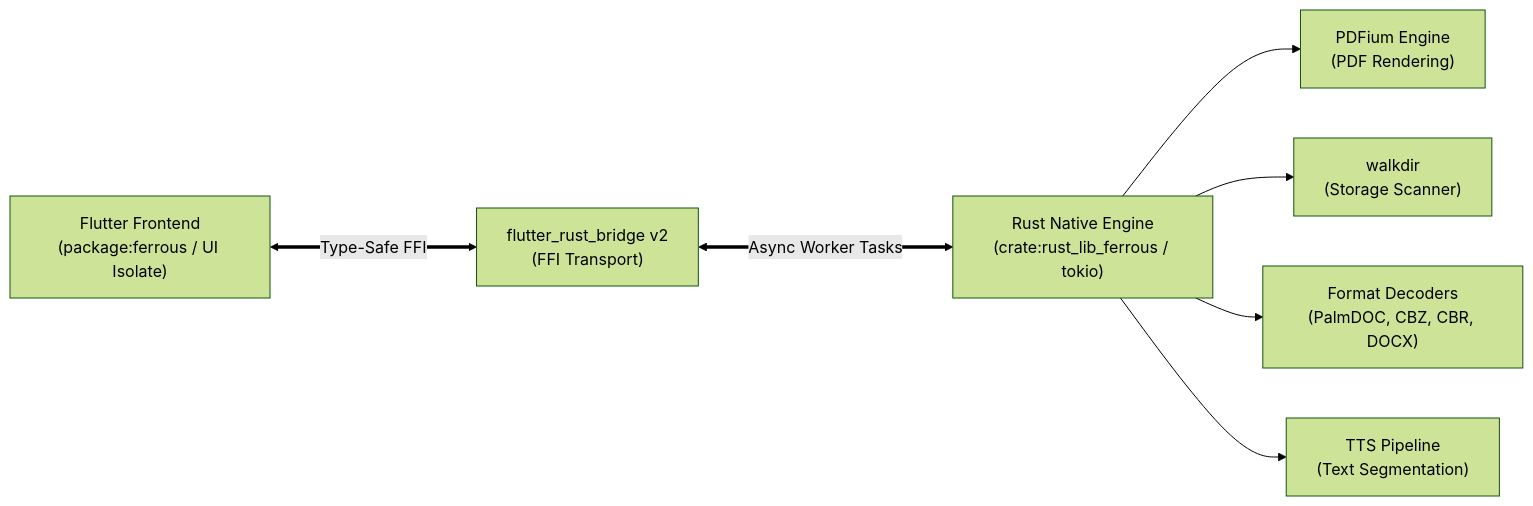
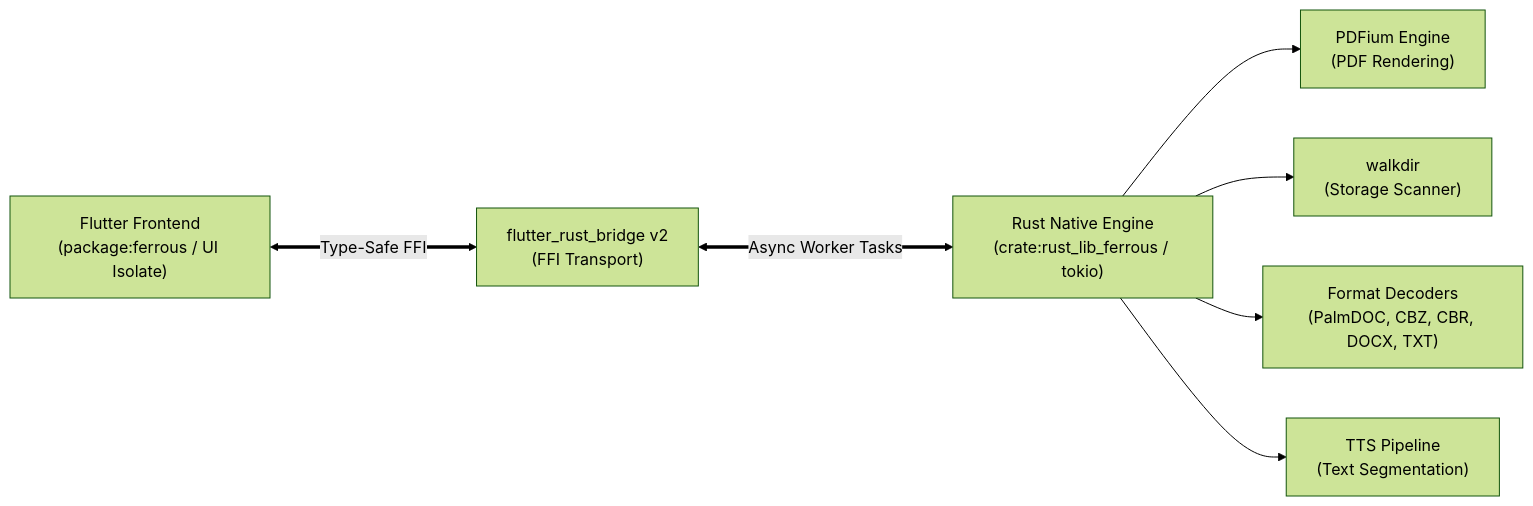
The diagram in README.md (JuanSoFly/Ferrous), drawn with Mermaid (forest theme) before and after one commit. The commit also changed other lines of this file, not shown here.

````diff
--- a/README.md
+++ b/README.md
@@ -138,19 +157,19 @@
 ```mermaid
 flowchart LR
     UI["Flutter Frontend<br/>(package:ferrous / UI Isolate)"]
     FFI["flutter_rust_bridge v2<br/>(FFI Transport)"]
     RUST["Rust Native Engine<br/>(crate:rust_lib_ferrous / tokio)"]
 
     PDF["PDFium Engine<br/>(PDF Rendering)"]
     SCAN["walkdir<br/>(Storage Scanner)"]
-    PARSERS["Format Decoders<br/>(PalmDOC, CBZ, CBR, DOCX)"]
+    PARSERS["Format Decoders<br/>(PalmDOC, CBZ, CBR, DOCX, TXT)"]
     TTS["TTS Pipeline<br/>(Text Segmentation)"]
 
     UI <===>|"Type-Safe FFI"| FFI
     FFI <===>|"Async Worker Tasks"| RUST
 
     RUST --> PDF
     RUST --> SCAN
     RUST --> PARSERS
     RUST --> TTS
 ```
````
